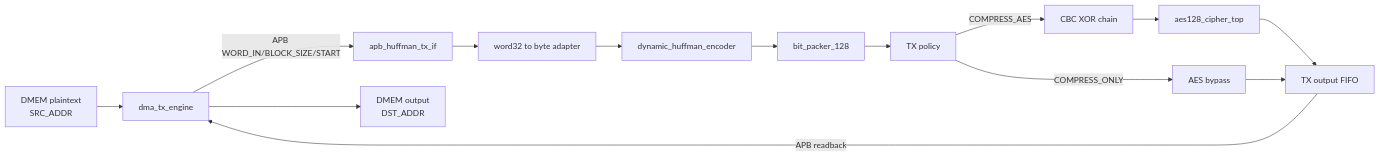
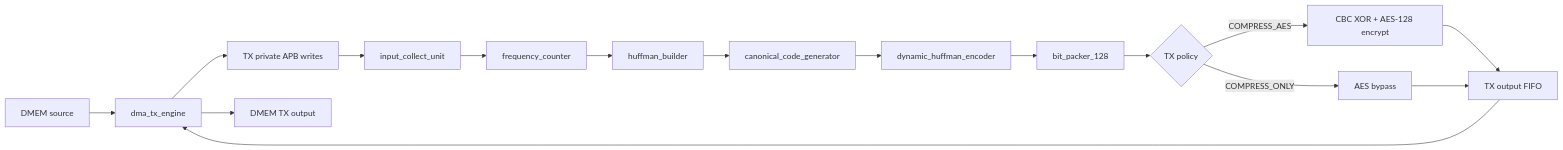
The second of 3 diagrams in docs/00_current_system_spec.md (ngoquocan139/AES_huffman_all6), drawn with Mermaid before and after one commit. The commit also changed other lines of this file and 273 other files, not shown here.

````diff
--- a/docs/00_current_system_spec.md
+++ b/docs/00_current_system_spec.md
@@ -210,16 +176,18 @@
 ```mermaid
 flowchart LR
-  SRC["DMEM plaintext\nSRC_ADDR"] --> TXDMA["dma_tx_engine"]
-  TXDMA -->|"APB WORD_IN/BLOCK_SIZE/START"| TXIF["apb_huffman_tx_if"]
-  TXIF --> ADP["word32 to byte adapter"]
-  ADP --> HUF["dynamic_huffman_encoder"]
-  HUF --> PACK["bit_packer_128"]
-  PACK --> POLICY["TX policy"]
-  POLICY -->|"COMPRESS_AES"| CBC["CBC XOR chain"]
-  CBC --> AES["aes128_cipher_top"]
+  SRC["DMEM source"] --> TXDMA["dma_tx_engine"]
+  TXDMA --> APB["TX private APB writes"]
+  APB --> COLLECT["input_collect_unit"]
+  COLLECT --> FREQ["frequency_counter"]
+  FREQ --> BUILD["huffman_builder"]
+  BUILD --> CANON["canonical_code_generator"]
+  CANON --> ENC["dynamic_huffman_encoder"]
+  ENC --> PACK["bit_packer_128"]
+  PACK --> POLICY{"TX policy"}
+  POLICY -->|"COMPRESS_AES"| CBC["CBC XOR + AES-128 encrypt"]
   POLICY -->|"COMPRESS_ONLY"| BYP["AES bypass"]
-  AES --> FIFO["TX output FIFO"]
+  CBC --> FIFO["TX output FIFO"]
   BYP --> FIFO
-  FIFO -->|"APB readback"| TXDMA
-  TXDMA --> DST["DMEM output\nDST_ADDR"]
+  FIFO --> TXDMA
+  TXDMA --> DST["DMEM TX output"]
 ```
````
